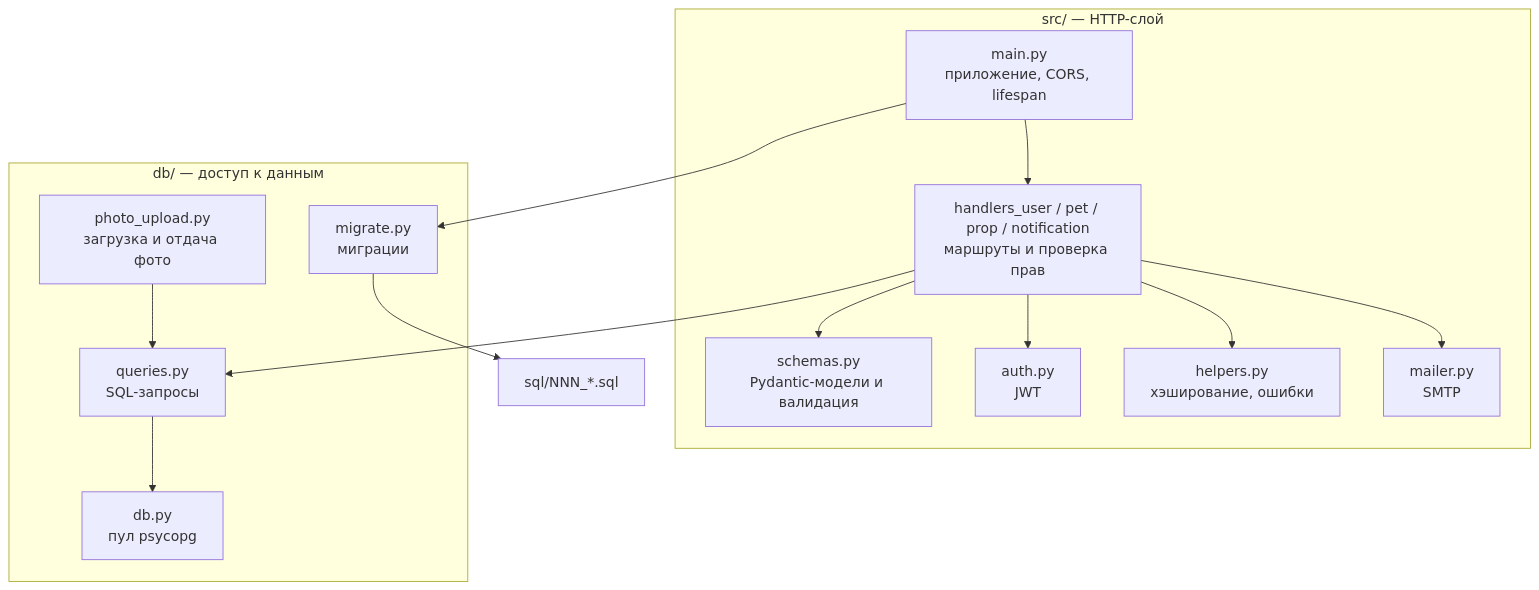
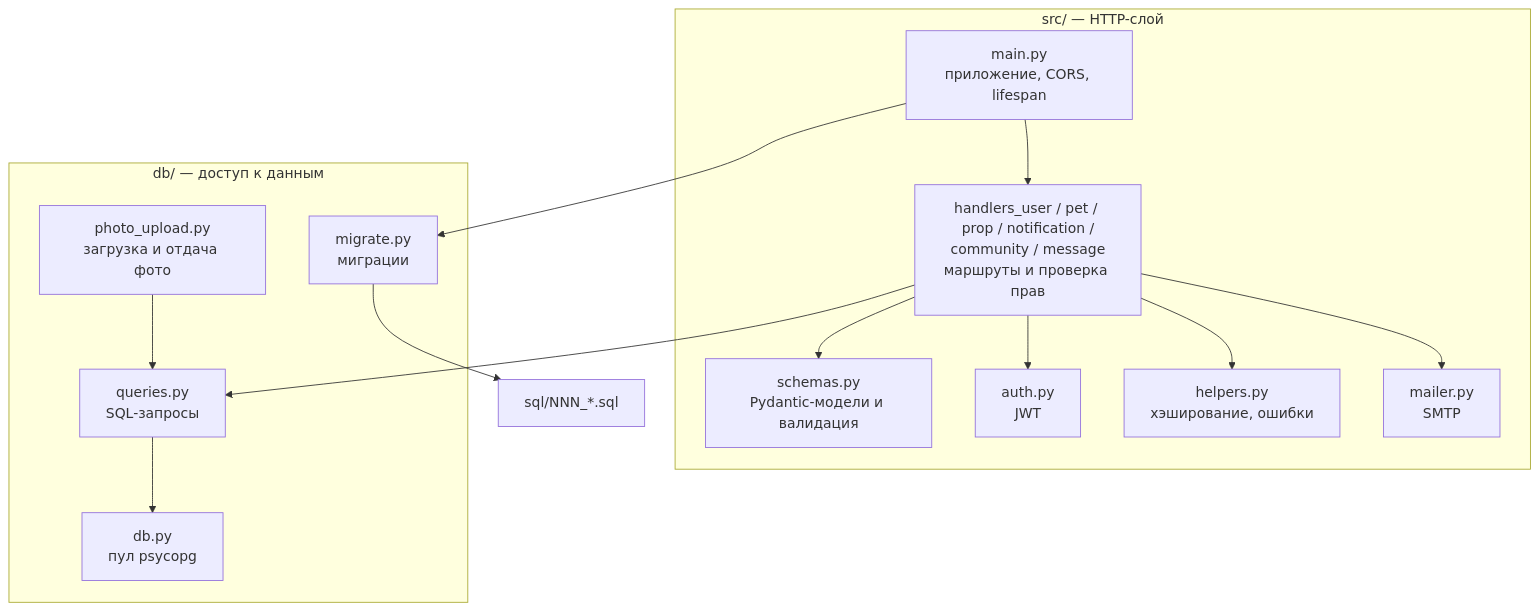
One commit to sigizmund993/prod-petCare changed the second of 6 diagrams in ARCHITECTURE.md. Above: the diagram before and after it, drawn with Mermaid. The commit also changed other lines of this file and 11 other files, not shown here.

````diff
--- a/ARCHITECTURE.md
+++ b/ARCHITECTURE.md
@@ -85,29 +85,29 @@
 ```mermaid
 flowchart TB
     subgraph src["src/ — HTTP-слой"]
         main["main.py<br/>приложение, CORS, lifespan"]
-        handlers["handlers_user / pet / prop / notification<br/>маршруты и проверка прав"]
+        handlers["handlers_user / pet / prop / notification /<br/>community / message<br/>маршруты и проверка прав"]
         schemas["schemas.py<br/>Pydantic-модели и валидация"]
         auth["auth.py<br/>JWT"]
         helpers["helpers.py<br/>хэширование, ошибки"]
         mailer["mailer.py<br/>SMTP"]
     end
     subgraph db["db/ — доступ к данным"]
         queries["queries.py<br/>SQL-запросы"]
         photo["photo_upload.py<br/>загрузка и отдача фото"]
         pool["db.py<br/>пул psycopg"]
         migrate["migrate.py<br/>миграции"]
     end
     sql["sql/NNN_*.sql"]
 
     main --> handlers
     handlers --> schemas
     handlers --> auth
     handlers --> helpers
     handlers --> mailer
     handlers --> queries
     photo --> queries
     queries --> pool
     main --> migrate
     migrate --> sql
 ```
````
